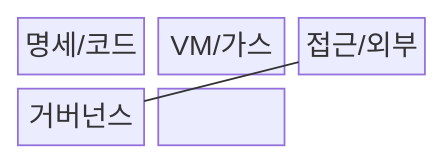
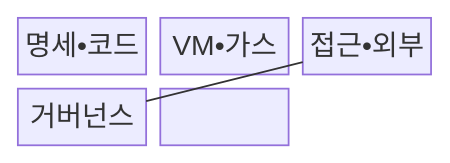
The first of 2 diagrams in src/content/docs/notes/08-latest-tech/219_smart_contract.md (agnusdei1207/knowledge-base), drawn with Mermaid before and after one commit. The commit also changed other lines of this file and 20 other files, not shown here.

````diff
--- a/src/content/docs/notes/08-latest-tech/219_smart_contract.md
+++ b/src/content/docs/notes/08-latest-tech/219_smart_contract.md
@@ -68,10 +68,10 @@
 ```mermaid
 block-beta
   columns 3
-  N0["명세/코드"]
-  N1["VM/가스"]
-  N2["접근/외부"]
+  N0["명세•코드"]
+  N1["VM•가스"]
+  N2["접근•외부"]
   N3["거버넌스"]
   N0 --- N1 --- N2
   N2 --- N3
 ```
````
